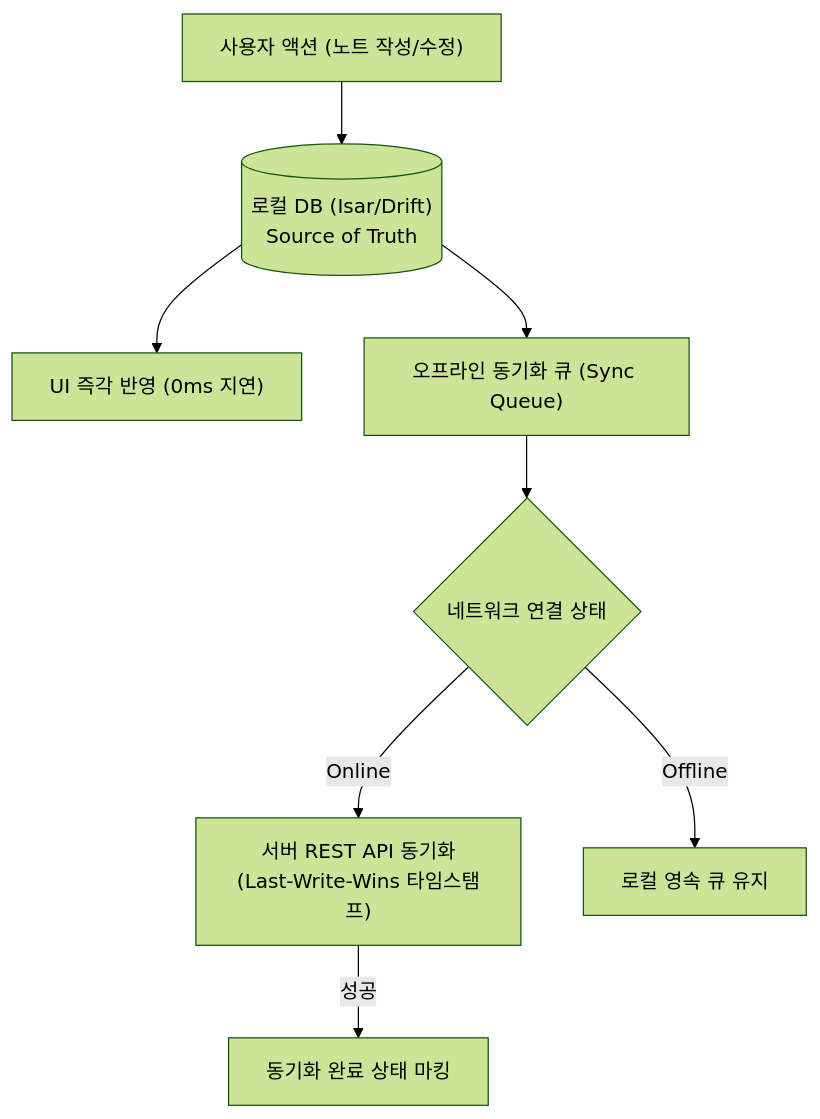
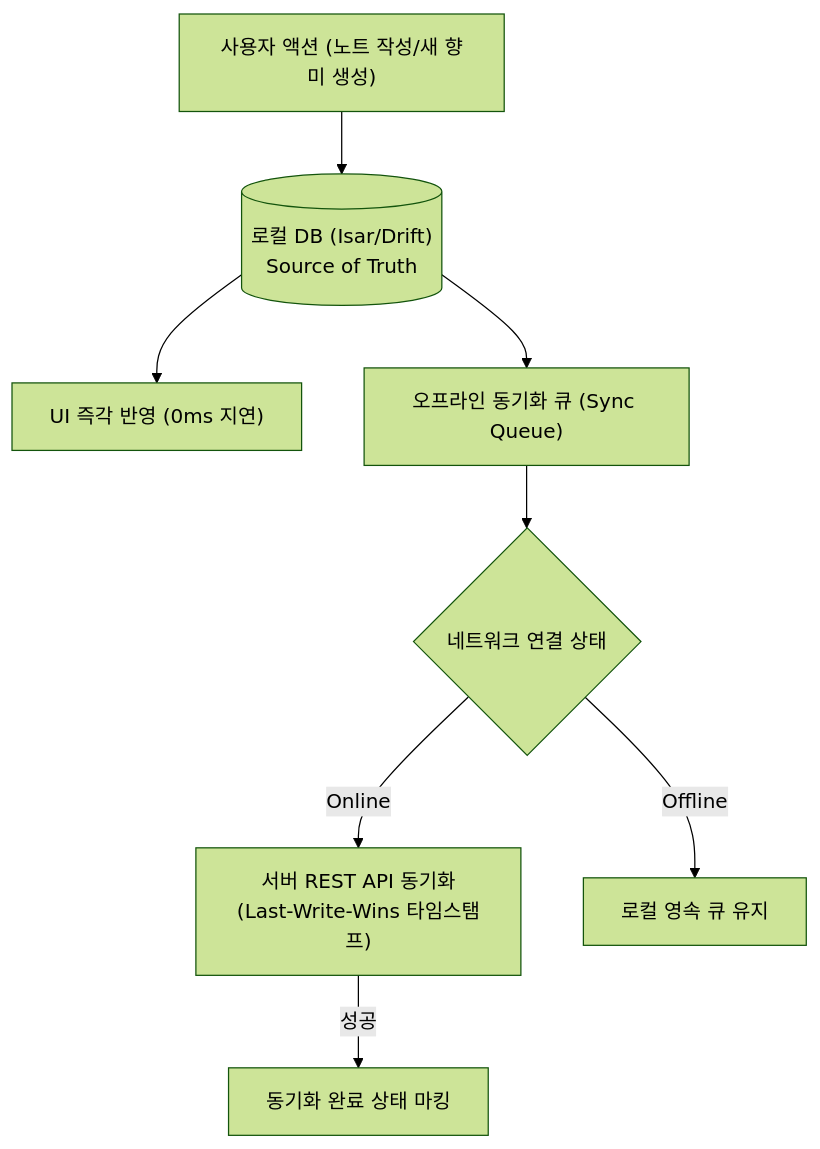
The first of 4 diagrams in README.md (chanhooop/FlavorWheel), drawn with Mermaid (forest theme) before and after one commit. The commit also changed other lines of this file and 1 other file, not shown here.

````diff
--- a/README.md
+++ b/README.md
@@ -37,12 +39,12 @@
 ```mermaid
 flowchart TD
-    UserAction["사용자 액션 (노트 작성/수정)"] --> LocalDB[("로컬 DB (Isar/Drift)\nSource of Truth")]
+    UserAction["사용자 액션 (노트 작성/새 향미 생성)"] --> LocalDB[("로컬 DB (Isar/Drift)\nSource of Truth")]
     LocalDB --> OptimisticUI["UI 즉각 반영 (0ms 지연)"]
     LocalDB --> SyncQueue["오프라인 동기화 큐 (Sync Queue)"]
     
     NetworkDetector{"네트워크 연결 상태"}
     SyncQueue --> NetworkDetector
     NetworkDetector -- "Online" --> ServerSync["서버 REST API 동기화\n(Last-Write-Wins 타임스탬프)"]
     NetworkDetector -- "Offline" --> PersistQueue["로컬 영속 큐 유지"]
     ServerSync -- "성공" --> MarkSynced["동기화 완료 상태 마킹"]
 ```
````
